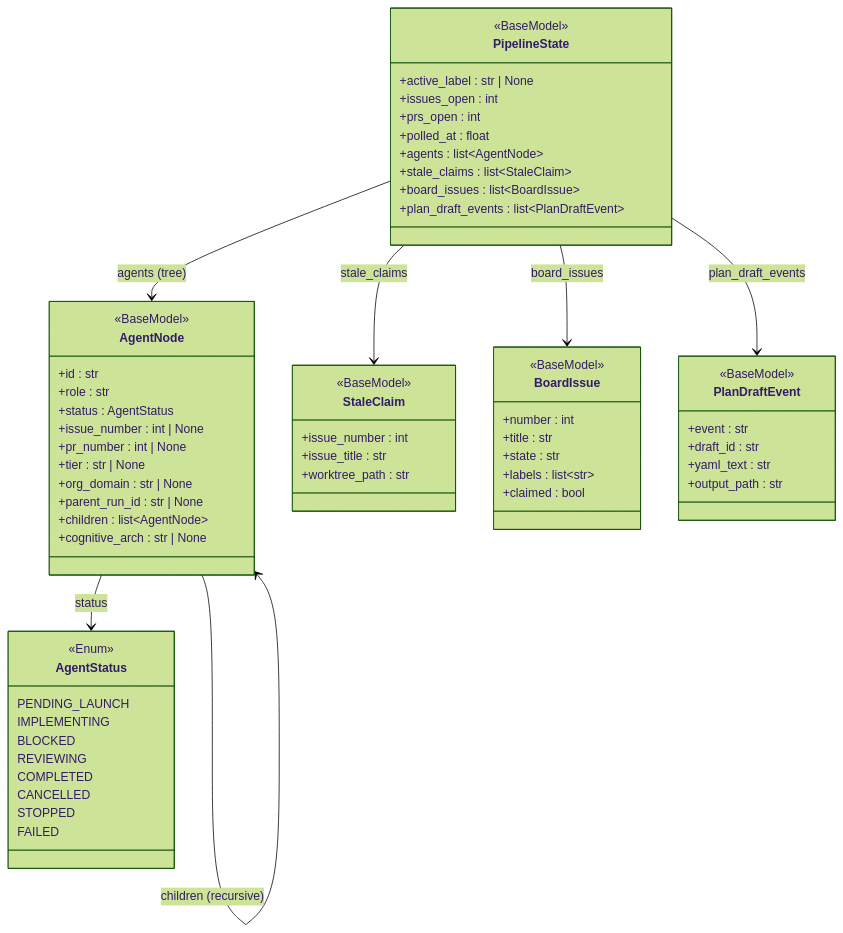
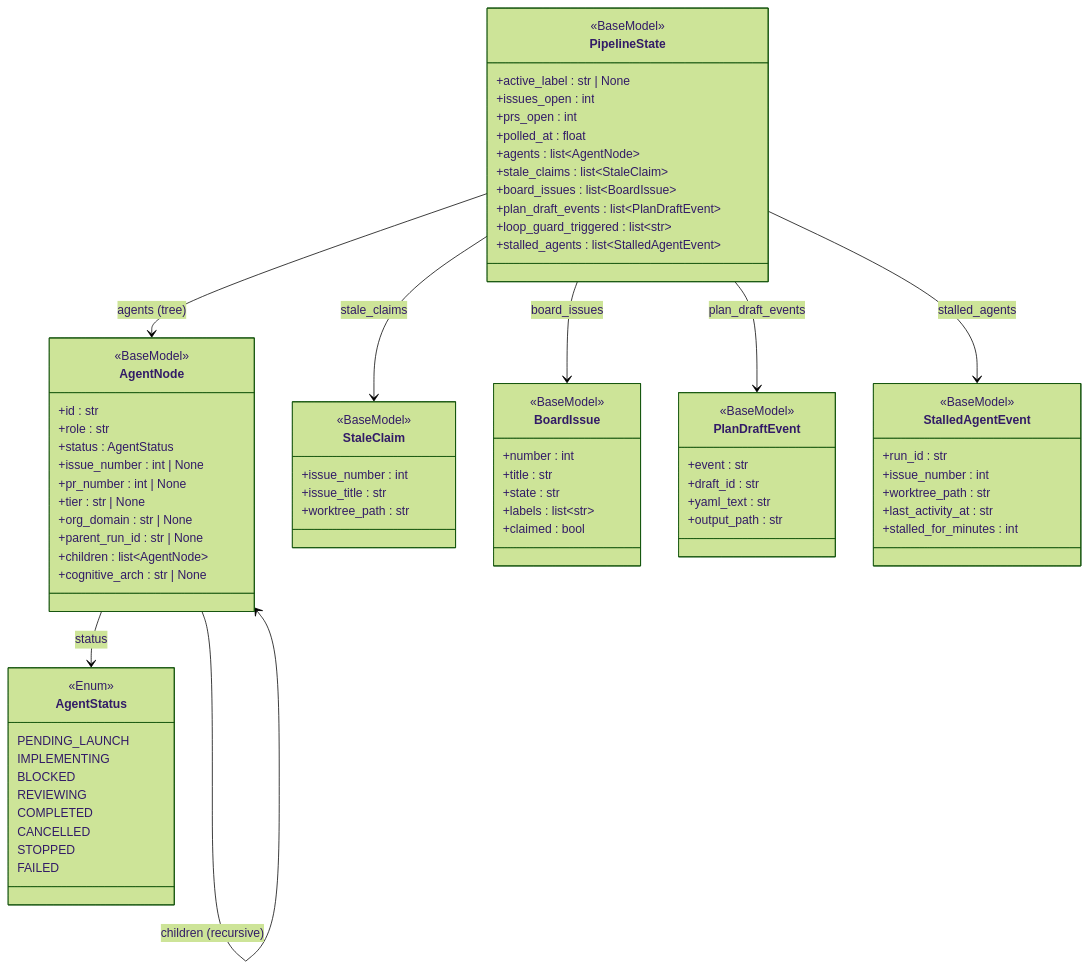
One commit to cgcardona/agentception changed the second of 9 diagrams in docs/reference/type-contracts.md. Above: the diagram before and after it, drawn with Mermaid (forest theme). The commit also changed other lines of this file and 1 other file, not shown here.

````diff
--- a/docs/reference/type-contracts.md
+++ b/docs/reference/type-contracts.md
@@ -1158,66 +1652,77 @@
 ```mermaid
 classDiagram
     class AgentStatus {
         <<Enum>>
         PENDING_LAUNCH
         IMPLEMENTING
         BLOCKED
         REVIEWING
         COMPLETED
         CANCELLED
         STOPPED
         FAILED
     }
     class AgentNode {
         <<BaseModel>>
         +id : str
         +role : str
         +status : AgentStatus
         +issue_number : int | None
         +pr_number : int | None
         +tier : str | None
         +org_domain : str | None
         +parent_run_id : str | None
         +children : list~AgentNode~
         +cognitive_arch : str | None
     }
     class StaleClaim {
         <<BaseModel>>
         +issue_number : int
         +issue_title : str
         +worktree_path : str
     }
     class BoardIssue {
         <<BaseModel>>
         +number : int
         +title : str
         +state : str
         +labels : list~str~
         +claimed : bool
     }
     class PlanDraftEvent {
         <<BaseModel>>
         +event : str
         +draft_id : str
         +yaml_text : str
         +output_path : str
     }
+    class StalledAgentEvent {
+        <<BaseModel>>
+        +run_id : str
+        +issue_number : int
+        +worktree_path : str
+        +last_activity_at : str
+        +stalled_for_minutes : int
+    }
     class PipelineState {
         <<BaseModel>>
         +active_label : str | None
         +issues_open : int
         +prs_open : int
         +polled_at : float
         +agents : list~AgentNode~
         +stale_claims : list~StaleClaim~
         +board_issues : list~BoardIssue~
         +plan_draft_events : list~PlanDraftEvent~
+        +loop_guard_triggered : list~str~
+        +stalled_agents : list~StalledAgentEvent~
     }
 
     PipelineState --> AgentNode : agents (tree)
     PipelineState --> StaleClaim : stale_claims
     PipelineState --> BoardIssue : board_issues
     PipelineState --> PlanDraftEvent : plan_draft_events
+    PipelineState --> StalledAgentEvent : stalled_agents
     AgentNode --> AgentStatus : status
     AgentNode --> AgentNode : children (recursive)
 ```
````
